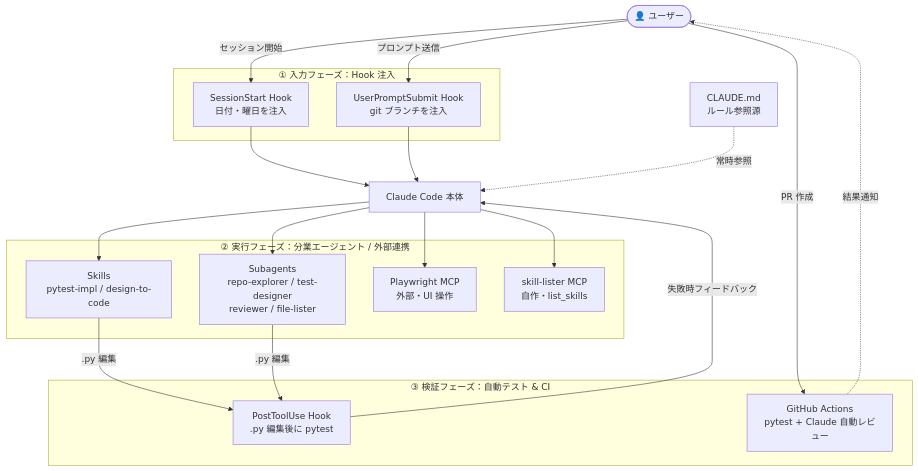
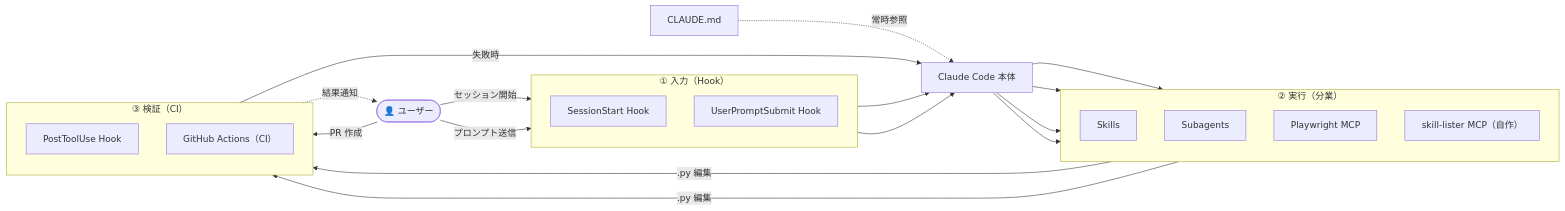
One commit to Keisuke-came/ai-test-viewpoint-assistant changed the diagram in README.md. Above: the diagram before and after it, drawn with Mermaid. The commit also changed other lines of this file, not shown here.

Commit message:
docs: refine architecture diagram for readability

````diff
--- a/README.md
+++ b/README.md
@@ -32,41 +32,44 @@
 ```mermaid
-flowchart TD
+flowchart LR
     User([👤 ユーザー])
     CC[Claude Code 本体]
-    CMD[CLAUDE.md<br/>ルール参照源]
+    CMD[CLAUDE.md]
 
-    subgraph IN ["① 入力フェーズ：Hook 注入"]
-        SS["SessionStart Hook<br/>日付・曜日を注入"]
-        UPS["UserPromptSubmit Hook<br/>git ブランチを注入"]
+    subgraph IN ["① 入力（Hook）"]
+        direction TB
+        SS["SessionStart Hook"]
+        UPS["UserPromptSubmit Hook"]
     end
 
-    subgraph EX ["② 実行フェーズ：分業エージェント / 外部連携"]
-        SK["Skills<br/>pytest-impl / design-to-code"]
-        SA["Subagents<br/>repo-explorer / test-designer<br/>reviewer / file-lister"]
-        MCPP["Playwright MCP<br/>外部・UI 操作"]
-        MCPS["skill-lister MCP<br/>自作・list_skills"]
+    subgraph EX ["② 実行（分業）"]
+        direction TB
+        SK["Skills"]
+        SA["Subagents"]
+        MCPP["Playwright MCP"]
+        MCPS["skill-lister MCP（自作）"]
     end
 
-    subgraph VR ["③ 検証フェーズ：自動テスト & CI"]
-        PTU["PostToolUse Hook<br/>.py 編集後に pytest"]
-        CI["GitHub Actions<br/>pytest + Claude 自動レビュー"]
+    subgraph VR ["③ 検証（CI）"]
+        direction TB
+        PTU["PostToolUse Hook"]
+        CI["GitHub Actions（CI）"]
     end
 
     User -- セッション開始 --> SS
     User -- プロンプト送信 --> UPS
     SS --> CC
     UPS --> CC
     CMD -. 常時参照 .-> CC
 
     CC --> SK
     CC --> SA
     CC --> MCPP
     CC --> MCPS
 
     SK -- .py 編集 --> PTU
     SA -- .py 編集 --> PTU
-    PTU -- 失敗時フィードバック --> CC
+    PTU -- 失敗時 --> CC
 
     User -- PR 作成 --> CI
     CI -. 結果通知 .-> User
 ```
````
